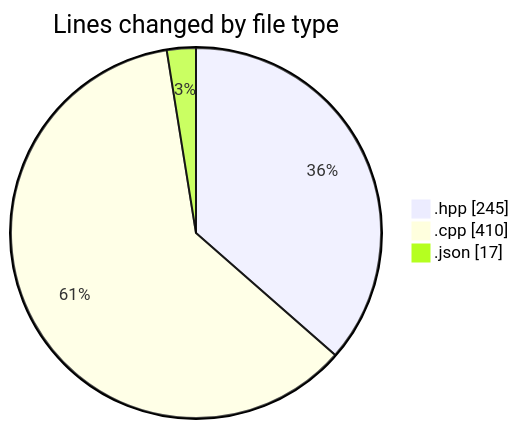
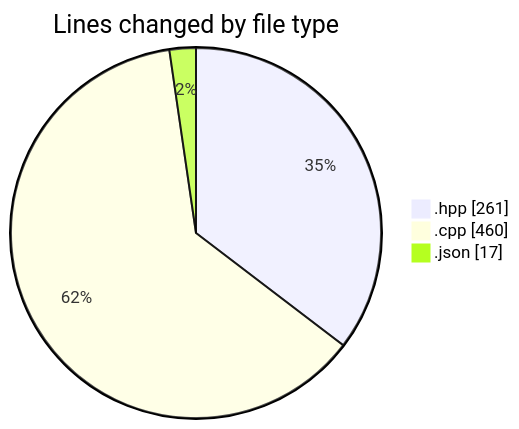
Before and after one commit to Netris89/code-tracking: the first of 2 diagrams in 2025-05-03/date/README.md, drawn with Mermaid. The commit also changed other lines of this file and 1 other file, not shown here.

````diff
--- a/2025-05-03/date/README.md
+++ b/2025-05-03/date/README.md
@@ -29,7 +29,7 @@
 ```mermaid
 pie showData
 title Lines changed by file type
-".hpp" : 245
-".cpp" : 410
+".hpp" : 261
+".cpp" : 460
 ".json" : 17
 ```
````
